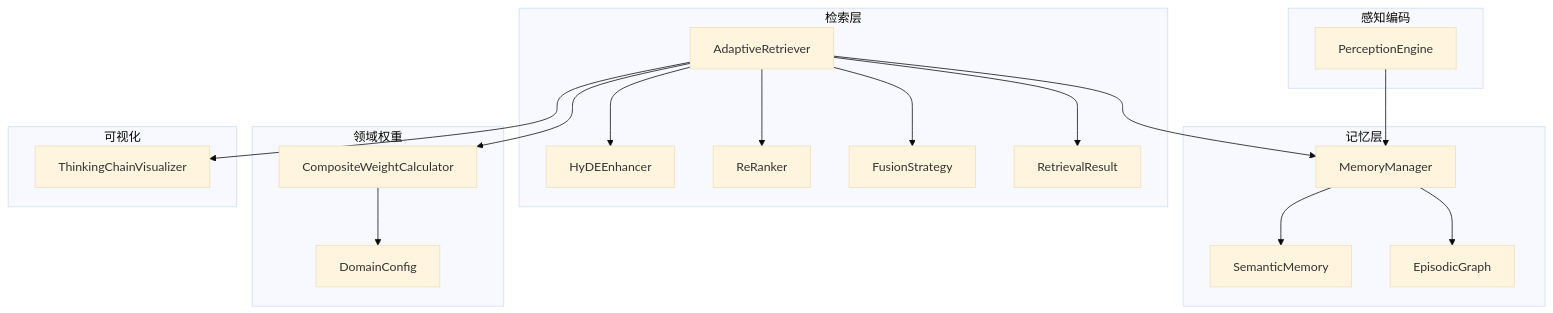
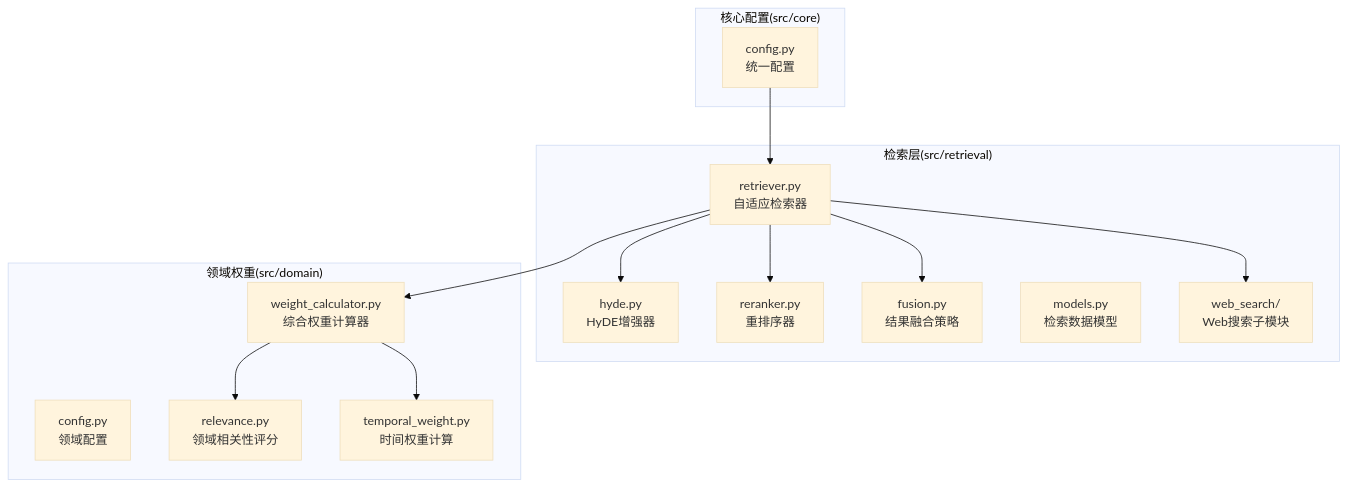
Before and after one commit to JieGaoPrinceton/NecoRAG: the first of 10 diagrams in .qoder/repowiki/zh/content/检索引擎模块/检索引擎模块.md, drawn with Mermaid (base theme). The commit also changed other lines of this file and 181 other files, not shown here.

````diff
--- a/.qoder/repowiki/zh/content/检索引擎模块/检索引擎模块.md
+++ b/.qoder/repowiki/zh/content/检索引擎模块/检索引擎模块.md
@@ -48,36 +41,28 @@
 ```mermaid
 graph TB
-subgraph "检索层"
-AR["AdaptiveRetriever"]
-HYDE["HyDEEnhancer"]
-RR["ReRanker"]
-FS["FusionStrategy"]
-RM["RetrievalResult"]
+subgraph "检索层(src/retrieval)"
+A["retriever.py<br/>自适应检索器"]
+B["hyde.py<br/>HyDE增强器"]
+C["reranker.py<br/>重排序器"]
+D["fusion.py<br/>结果融合策略"]
+E["models.py<br/>检索数据模型"]
+F["web_search/<br/>Web搜索子模块"]
 end
-subgraph "记忆层"
-MM["MemoryManager"]
-SM["SemanticMemory"]
-EG["EpisodicGraph"]
+subgraph "领域权重(src/domain)"
+G["config.py<br/>领域配置"]
+H["weight_calculator.py<br/>综合权重计算器"]
+I["relevance.py<br/>领域相关性评分"]
+J["temporal_weight.py<br/>时间权重计算"]
 end
-subgraph "领域权重"
-DC["DomainConfig"]
-WC["CompositeWeightCalculator"]
+subgraph "核心配置(src/core)"
+K["config.py<br/>统一配置"]
 end
-subgraph "可视化"
-TV["ThinkingChainVisualizer"]
-end
-subgraph "感知编码"
-PE["PerceptionEngine"]
-end
-AR --> HYDE
-AR --> RR
-AR --> FS
-AR --> MM
-MM --> SM
-MM --> EG
-AR --> RM
-AR --> WC
-WC --> DC
-AR --> TV
-PE --> MM
+A --> B
+A --> C
+A --> D
+A --> F
+A --> H
+H --> I
+H --> J
+K --> A
 ```
````
